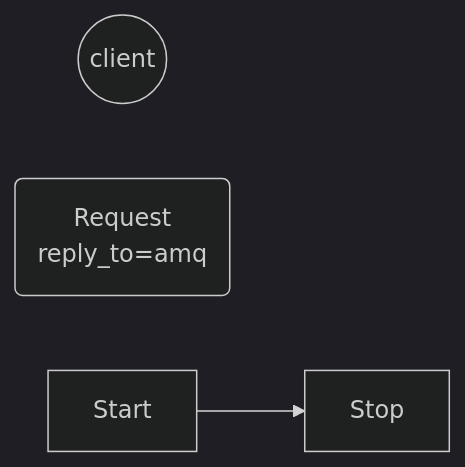
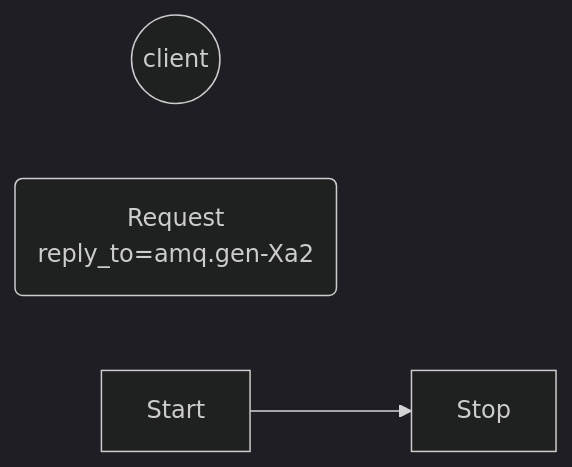
Before and after one commit to googlelxhgithub/iodraw-files: the diagram in all/未命名-7.md, drawn with Mermaid (dark theme).

Commit message:
2024-08-30 19:03:53 update

````diff
--- a/all/未命名-7.md
+++ b/all/未命名-7.md
@@ -1,7 +1,7 @@
 ```mermaid
 flowchart LR
     C((client))
-    R(Request\nreply_to=amq)
+    R(Request\nreply_to=amq.gen-Xa2)
     Start --> Stop
   
 ```
````
